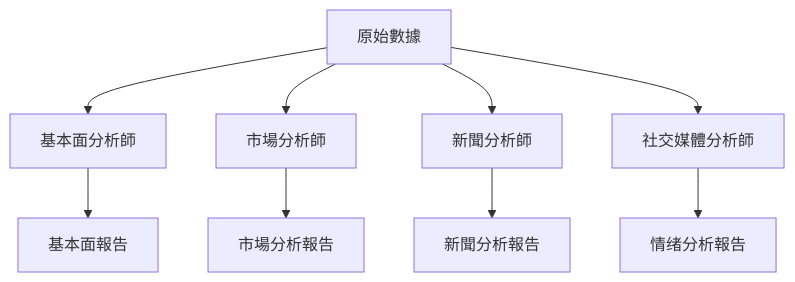
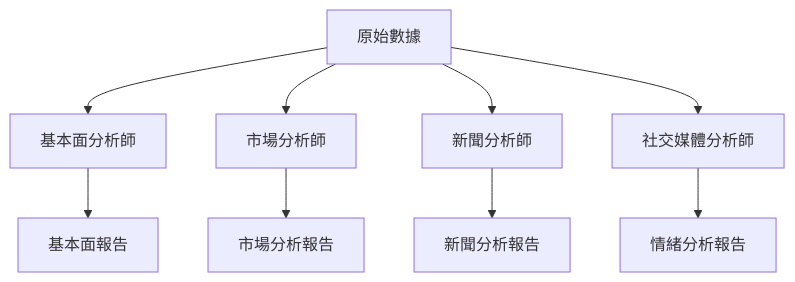
One commit to aiinpocket/TradingAgents-CN changed the second of 3 diagrams in docs/agents/v0.1.13/analysts.md. Above: the diagram before and after it, drawn with Mermaid. The commit also changed other lines of this file and 277 other files, not shown here.

````diff
--- a/docs/agents/v0.1.13/analysts.md
+++ b/docs/agents/v0.1.13/analysts.md
@@ -222,12 +196,12 @@
 ```mermaid
 graph TB
     A[原始數據] --> B[基本面分析師]
     A --> C[市場分析師]
     A --> D[新聞分析師]
     A --> E[社交媒體分析師]
-    
+
     B --> F[基本面報告]
     C --> G[市場分析報告]
     D --> H[新聞分析報告]
-    E --> I[情绪分析報告]
+    E --> I[情緒分析報告]
 ```
````
